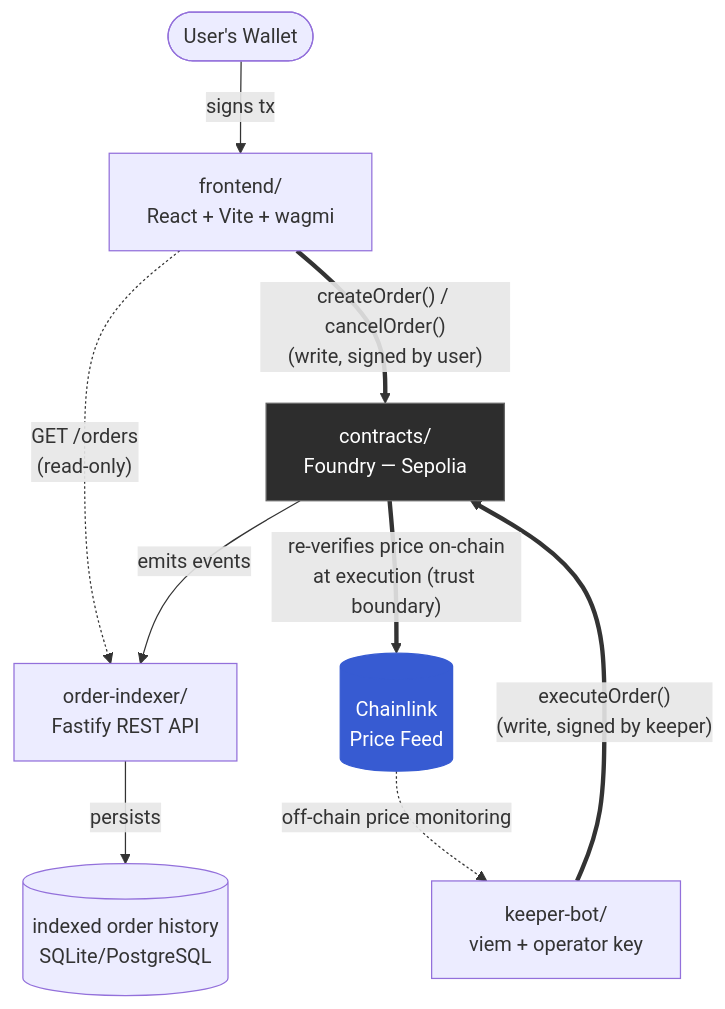
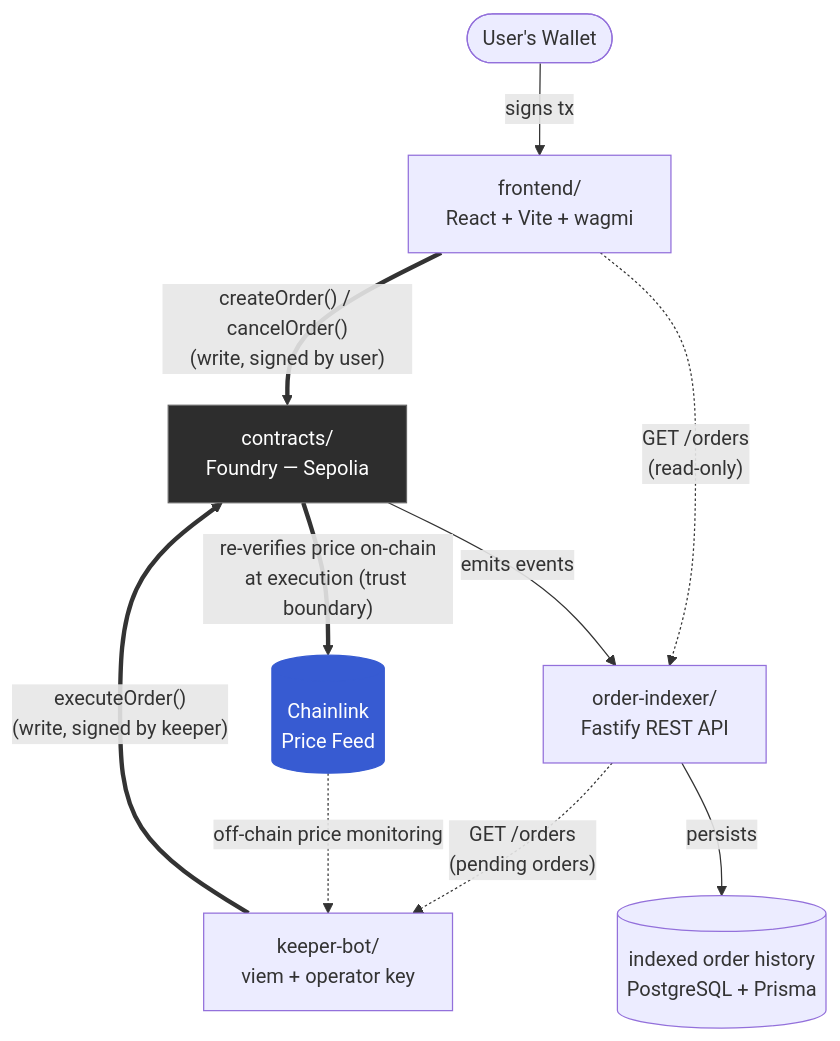
The diagram in README.md (RAZermenoSaracho/orderkeeper), drawn with Mermaid before and after one commit. The commit also changed other lines of this file, not shown here.

Commit message:
docs(readme): sync design decisions, tech stack, and architecture diagram with scaffolding

````diff
--- a/README.md
+++ b/README.md
@@ -27,22 +27,23 @@
 ```mermaid
 flowchart TB
     User(["User's Wallet"])
     Frontend["frontend/<br/>React + Vite + wagmi"]
     Contracts["contracts/<br/>Foundry — Sepolia"]
     Indexer["order-indexer/<br/>Fastify REST API"]
-    History[("indexed order history<br/>SQLite/PostgreSQL")]
+    History[("indexed order history<br/>PostgreSQL + Prisma")]
     Keeper["keeper-bot/<br/>viem + operator key"]
     Chainlink[("Chainlink<br/>Price Feed")]
 
     User -- "signs tx" --> Frontend
     Frontend == "createOrder() / cancelOrder()<br/>(write, signed by user)" ==> Contracts
     Keeper == "executeOrder()<br/>(write, signed by keeper)" ==> Contracts
     Frontend -. "GET /orders<br/>(read-only)" .-> Indexer
+    Indexer -. "GET /orders<br/>(pending orders)" .-> Keeper
     Contracts -- "emits events" --> Indexer
     Indexer -- "persists" --> History
     Chainlink -. "off-chain price monitoring" .-> Keeper
     Contracts == "re-verifies price on-chain<br/>at execution (trust boundary)" ==> Chainlink
 
     style Contracts fill:#2d2d2d,stroke:#666,color:#fff
     style Chainlink fill:#375bd2,stroke:#375bd2,color:#fff
 ```
````
